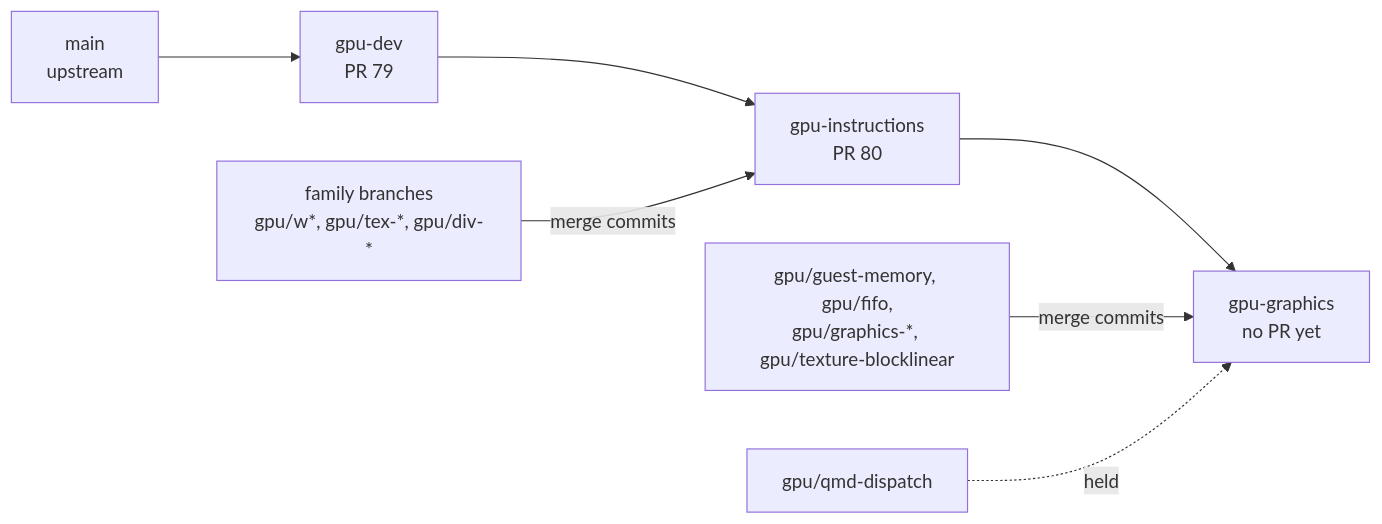
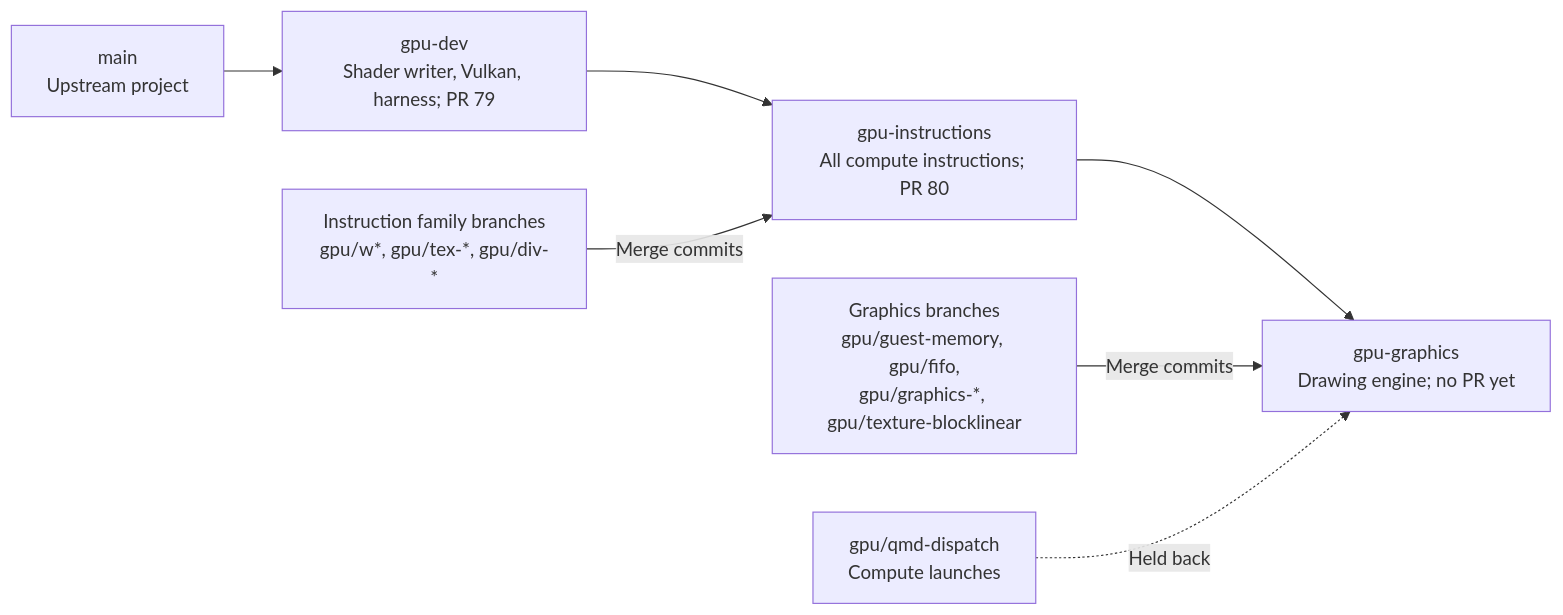
The second of 2 diagrams in docs/architecture/gpu-pipeline.md (0xNikilite/oboromi), drawn with Mermaid before and after one commit. The commit also changed other lines of this file and 22 other files, not shown here.

````diff
--- a/docs/architecture/gpu-pipeline.md
+++ b/docs/architecture/gpu-pipeline.md
@@ -48,9 +66,9 @@
 ```mermaid
 flowchart LR
-    main["main<br/>upstream"] --> dev["gpu-dev<br/>PR 79"]
-    dev --> instr["gpu-instructions<br/>PR 80"]
-    instr --> gfx["gpu-graphics<br/>no PR yet"]
-    fam["family branches<br/>gpu/w*, gpu/tex-*, gpu/div-*"] -->|"merge commits"| instr
-    gfxb["gpu/guest-memory, gpu/fifo,<br/>gpu/graphics-*, gpu/texture-blocklinear"] -->|"merge commits"| gfx
-    qmd["gpu/qmd-dispatch"] -.->|"held"| gfx
+    main["main<br/>Upstream project"] --> dev["gpu-dev<br/>Shader writer, Vulkan, harness; PR 79"]
+    dev --> instr["gpu-instructions<br/>All compute instructions; PR 80"]
+    instr --> gfx["gpu-graphics<br/>Drawing engine; no PR yet"]
+    fam["Instruction family branches<br/>gpu/w*, gpu/tex-*, gpu/div-*"] -->|"Merge commits"| instr
+    gfxb["Graphics branches<br/>gpu/guest-memory, gpu/fifo,<br/>gpu/graphics-*, gpu/texture-blocklinear"] -->|"Merge commits"| gfx
+    qmd["gpu/qmd-dispatch<br/>Compute launches"] -.->|"Held back"| gfx
 ```
````
